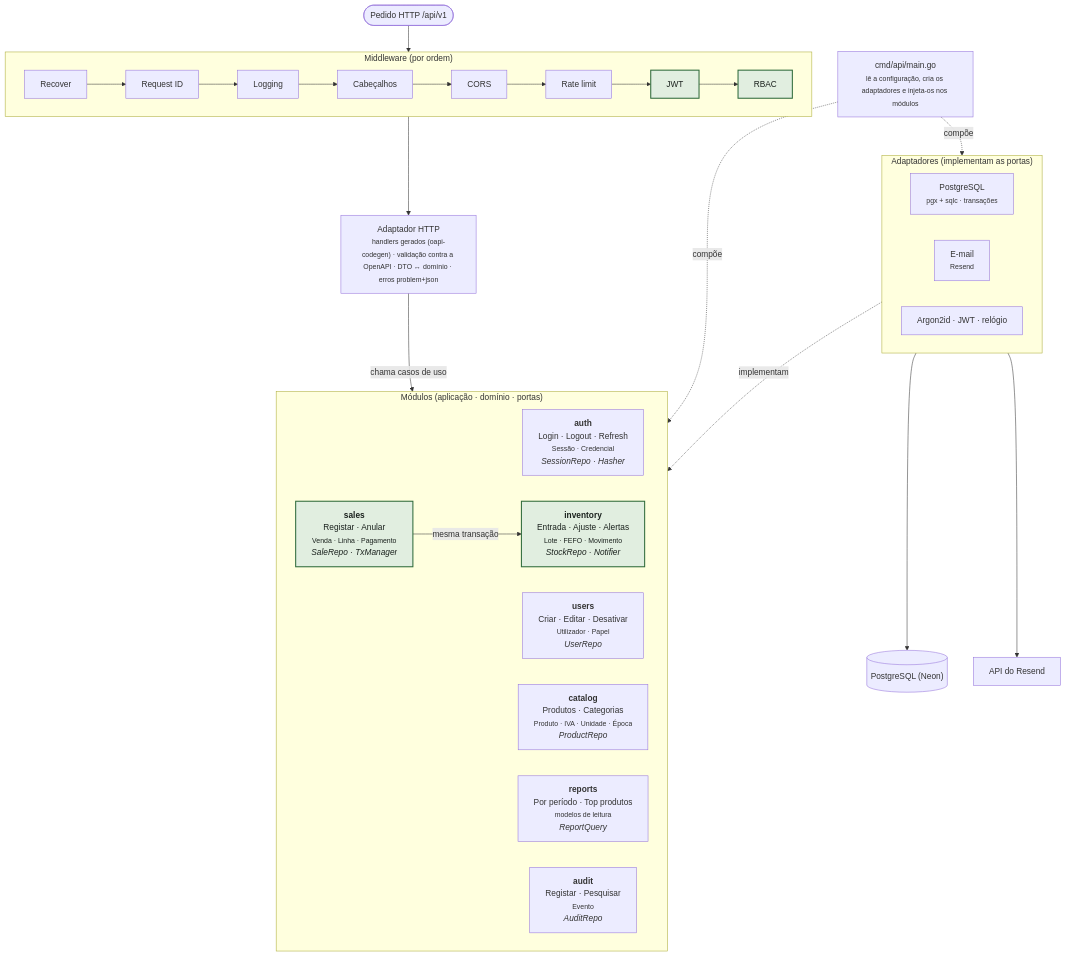
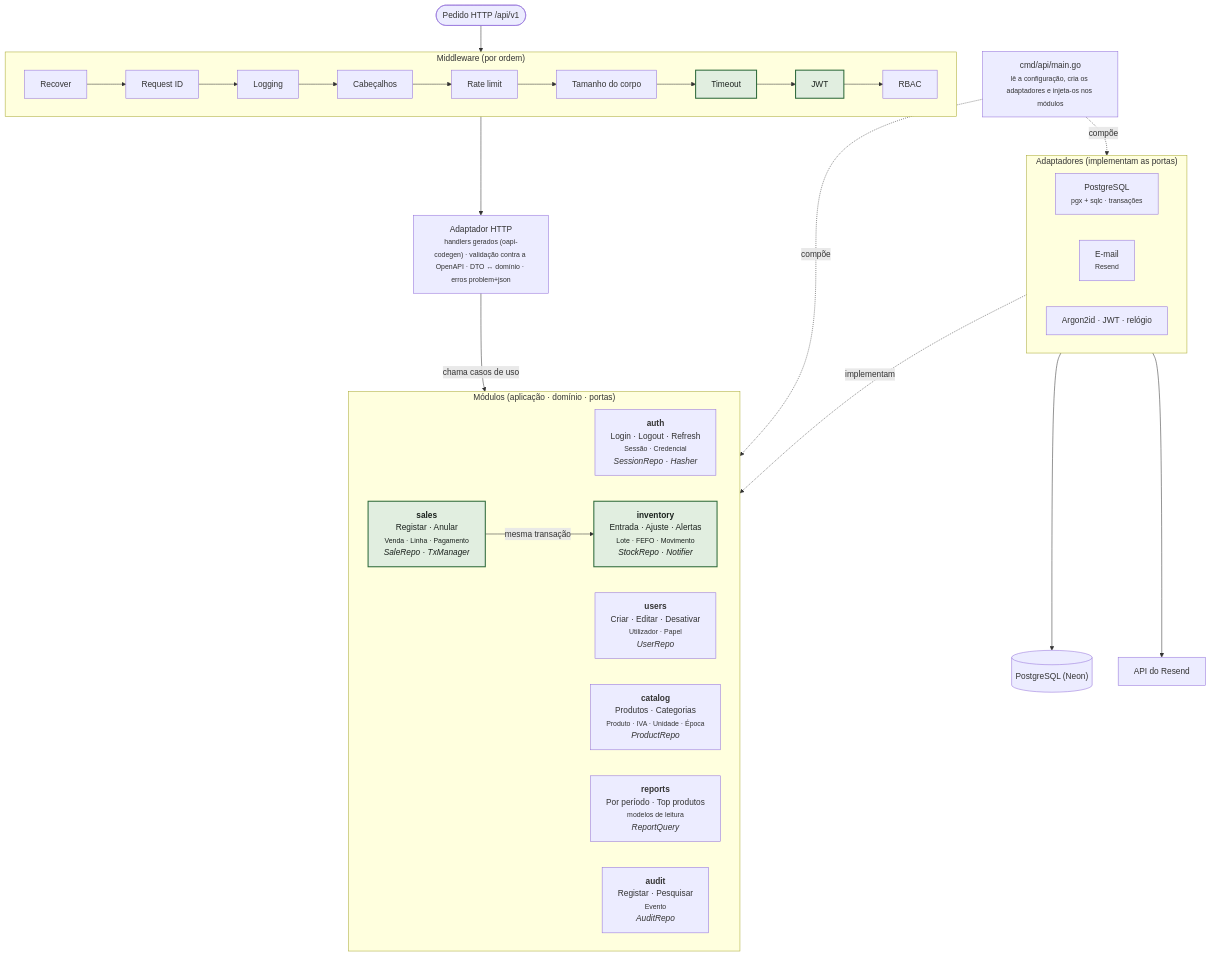
Before and after one commit to VascoDuart/loja-da-quinta: the diagram in docs/architecture/backend.md, drawn with Mermaid. The commit also changed other lines of this file and 4 other files, not shown here.

````diff
--- a/docs/architecture/backend.md
+++ b/docs/architecture/backend.md
@@ -7,44 +7,44 @@
 ```mermaid
 flowchart TB
     REQ(["Pedido HTTP /api/v1"])
 
     subgraph MW["Middleware (por ordem)"]
         direction LR
-        M1[Recover] --> M2[Request ID] --> M3[Logging] --> M4[Cabeçalhos] --> M5[CORS] --> M6[Rate limit] --> M7[JWT] --> M8[RBAC]
+        M1[Recover] --> M2[Request ID] --> M3[Logging] --> M4[Cabeçalhos] --> M5[Rate limit] --> M6[Tamanho do corpo] --> M7[Timeout] --> M8[JWT] --> M9[RBAC]
     end
 
     HTTP["Adaptador HTTP<br/><small>handlers gerados (oapi-codegen) · validação contra a OpenAPI · DTO ↔ domínio · erros problem+json</small>"]
 
     subgraph MOD["Módulos (aplicação · domínio · portas)"]
         direction LR
         AUTH["<b>auth</b><br/>Login · Logout · Refresh<br/><small>Sessão · Credencial</small><br/><i>SessionRepo · Hasher</i>"]
         USERS["<b>users</b><br/>Criar · Editar · Desativar<br/><small>Utilizador · Papel</small><br/><i>UserRepo</i>"]
         CAT["<b>catalog</b><br/>Produtos · Categorias<br/><small>Produto · IVA · Unidade · Época</small><br/><i>ProductRepo</i>"]
         INV["<b>inventory</b><br/>Entrada · Ajuste · Alertas<br/><small>Lote · FEFO · Movimento</small><br/><i>StockRepo · Notifier</i>"]
         SALES["<b>sales</b><br/>Registar · Anular<br/><small>Venda · Linha · Pagamento</small><br/><i>SaleRepo · TxManager</i>"]
         REP["<b>reports</b><br/>Por período · Top produtos<br/><small>modelos de leitura</small><br/><i>ReportQuery</i>"]
         AUD["<b>audit</b><br/>Registar · Pesquisar<br/><small>Evento</small><br/><i>AuditRepo</i>"]
     end
 
     subgraph AD["Adaptadores (implementam as portas)"]
         direction LR
         PGA["PostgreSQL<br/><small>pgx + sqlc · transações</small>"]
         MA["E-mail<br/><small>Resend</small>"]
         CR["Argon2id · JWT · relógio"]
     end
 
     PG[("PostgreSQL (Neon)")]
     RS["API do Resend"]
     MAIN["cmd/api/main.go<br/><small>lê a configuração, cria os adaptadores e injeta-os nos módulos</small>"]
 
     REQ --> MW --> HTTP -- "chama casos de uso" --> MOD
     SALES -- "mesma transação" --> INV
     AD -. "implementam" .-> MOD
     PGA --> PG
     MA --> RS
     MAIN -. "compõe" .-> AD
     MAIN -. "compõe" .-> MOD
 
     classDef hot fill:#e1eee0,stroke:#2e6a3b,stroke-width:2px,color:#1b221e
     class INV,SALES,M7,M8 hot
 ```
````
